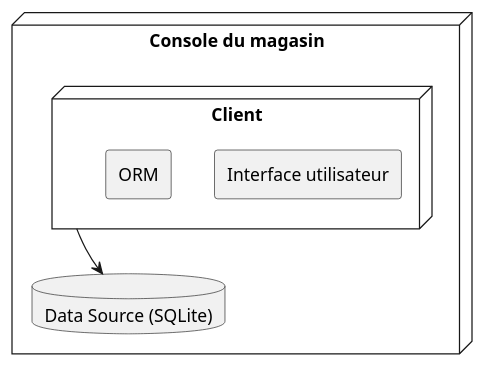
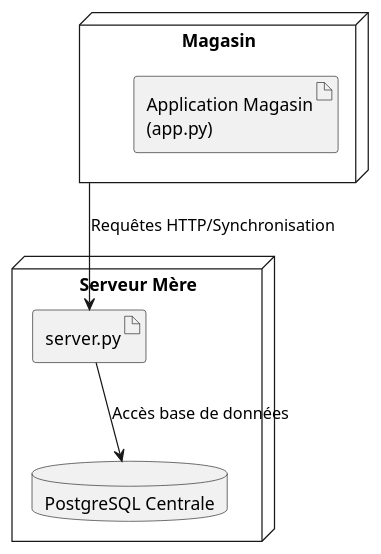
One commit to Barlow-Personal-Git/LOG430_Barlow_Etape_1 changed the diagram in docs/UML/deploiement.puml. Above: the diagram before and after it, drawn with PlantUML. The commit also changed 39 other files, not shown here.

```diff
--- a/docs/UML/deploiement.puml
+++ b/docs/UML/deploiement.puml
@@ -1,15 +1,13 @@
 @startuml
-skinparam componentStyle rectangle
-
-node "Console du magasin" {
-  
-  node "Client" {
-    component "Interface utilisateur"
-    component "ORM"
-  }
-
-  database "Data Source (SQLite)" as DB
+node "Magasin" as   Magasin {
+  artifact "Application Magasin\n(app.py)" as AppMagasin
 }
 
-"Client" --> DB
+node "Serveur Mère" as Server {
+  database "PostgreSQL Centrale" as PostgresCentral
+  artifact "server.py" as ApiServeur
+}
+
+Magasin --> ApiServeur : Requêtes HTTP/Synchronisation
+ApiServeur --> PostgresCentral : Accès base de données
 @enduml
```
